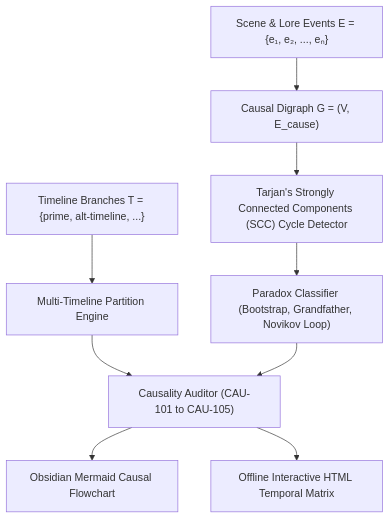
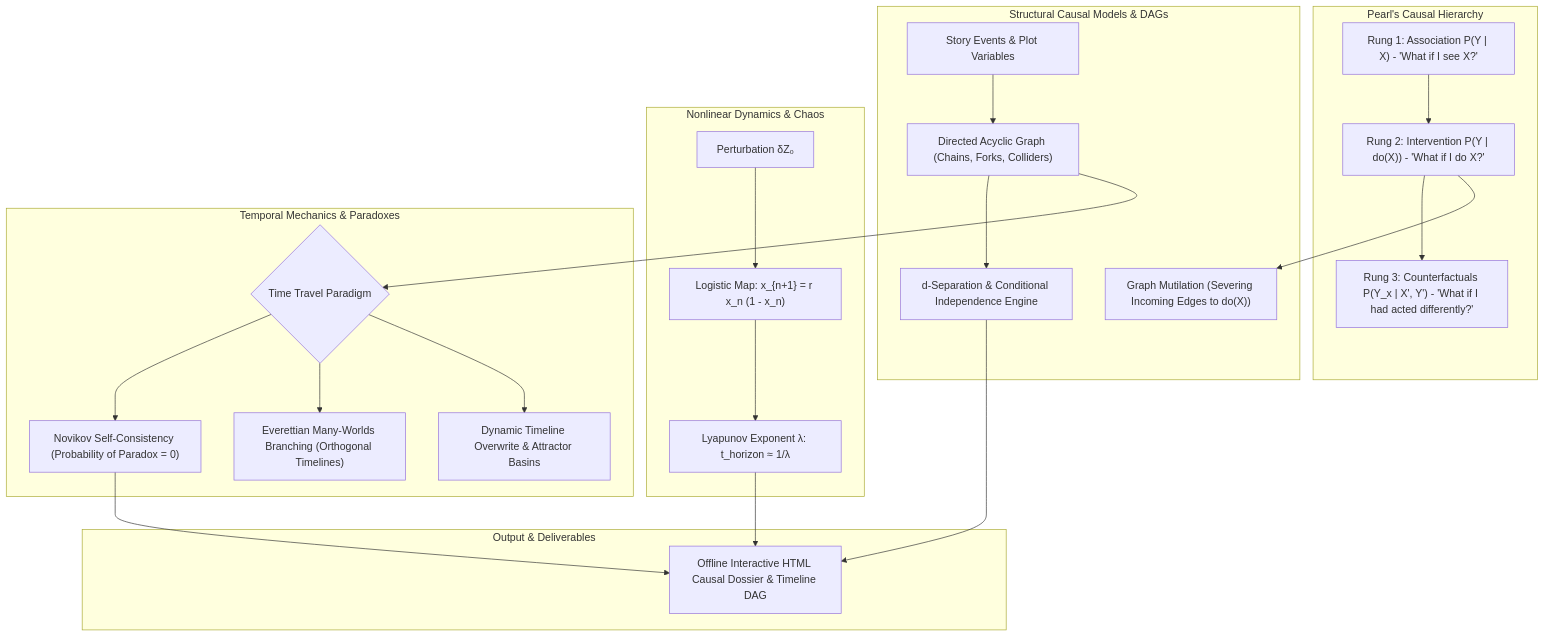
Before and after one commit to aryansinghnagar/Ars-Arcanum: the diagram in docs/CAUSALITY.md, drawn with Mermaid. The commit also changed other lines of this file and 239 other files, not shown here.

First line of the commit message:
feat(v5.0.0): streamline to 47 deterministic engines, zero-pip architecture, and encyclopedic craft references

````diff
--- a/docs/CAUSALITY.md
+++ b/docs/CAUSALITY.md
@@ -22,12 +18,29 @@
 ```mermaid
 flowchart TD
-    Events["Scene & Lore Events E = {e₁, e₂, ..., eₙ}"] --> Digraph["Causal Digraph G = (V, E_cause)"]
-    Timelines["Timeline Branches T = {prime, alt-timeline, ...}"] --> MultiGraph["Multi-Timeline Partition Engine"]
-    
-    Digraph --> Tarjan["Tarjan's Strongly Connected Components (SCC) Cycle Detector"]
-    Tarjan --> ParadoxClassifier["Paradox Classifier (Bootstrap, Grandfather, Novikov Loop)"]
-    
-    MultiGraph & ParadoxClassifier --> Audit["Causality Auditor (CAU-101 to CAU-105)"]
-    Audit --> MermaidDAG["Obsidian Mermaid Causal Flowchart"]
-    Audit --> HTMLReport["Offline Interactive HTML Temporal Matrix"]
+    subgraph Pearl's Causal Hierarchy
+        Rung1["Rung 1: Association P(Y | X) - 'What if I see X?'"] --> Rung2["Rung 2: Intervention P(Y | do(X)) - 'What if I do X?'"]
+        Rung2 --> Rung3["Rung 3: Counterfactuals P(Y_x | X', Y') - 'What if I had acted differently?'"]
+    end
+
+    subgraph Structural Causal Models & DAGs
+        Nodes["Story Events & Plot Variables"] --> CausalDAG["Directed Acyclic Graph (Chains, Forks, Colliders)"]
+        CausalDAG --> DSeparation["d-Separation & Conditional Independence Engine"]
+        Rung2 --> GraphSurgery["Graph Mutilation (Severing Incoming Edges to do(X))"]
+    end
+
+    subgraph Nonlinear Dynamics & Chaos
+        InitialConditions["Perturbation δZ₀"] --> LogisticMap["Logistic Map: x_{n+1} = r x_n (1 - x_n)"]
+        LogisticMap --> Lyapunov["Lyapunov Exponent λ: t_horizon ≈ 1/λ"]
+    end
+
+    subgraph Temporal Mechanics & Paradoxes
+        CausalDAG --> TimeParadigm{"Time Travel Paradigm"}
+        TimeParadigm --> Novikov["Novikov Self-Consistency (Probability of Paradox = 0)"]
+        TimeParadigm --> ManyWorlds["Everettian Many-Worlds Branching (Orthogonal Timelines)"]
+        TimeParadigm --> Plasticity["Dynamic Timeline Overwrite & Attractor Basins"]
+    end
+
+    subgraph Output & Deliverables
+        DSeparation & Lyapunov & Novikov --> CausalityReport["Offline Interactive HTML Causal Dossier & Timeline DAG"]
+    end
 ```
````
